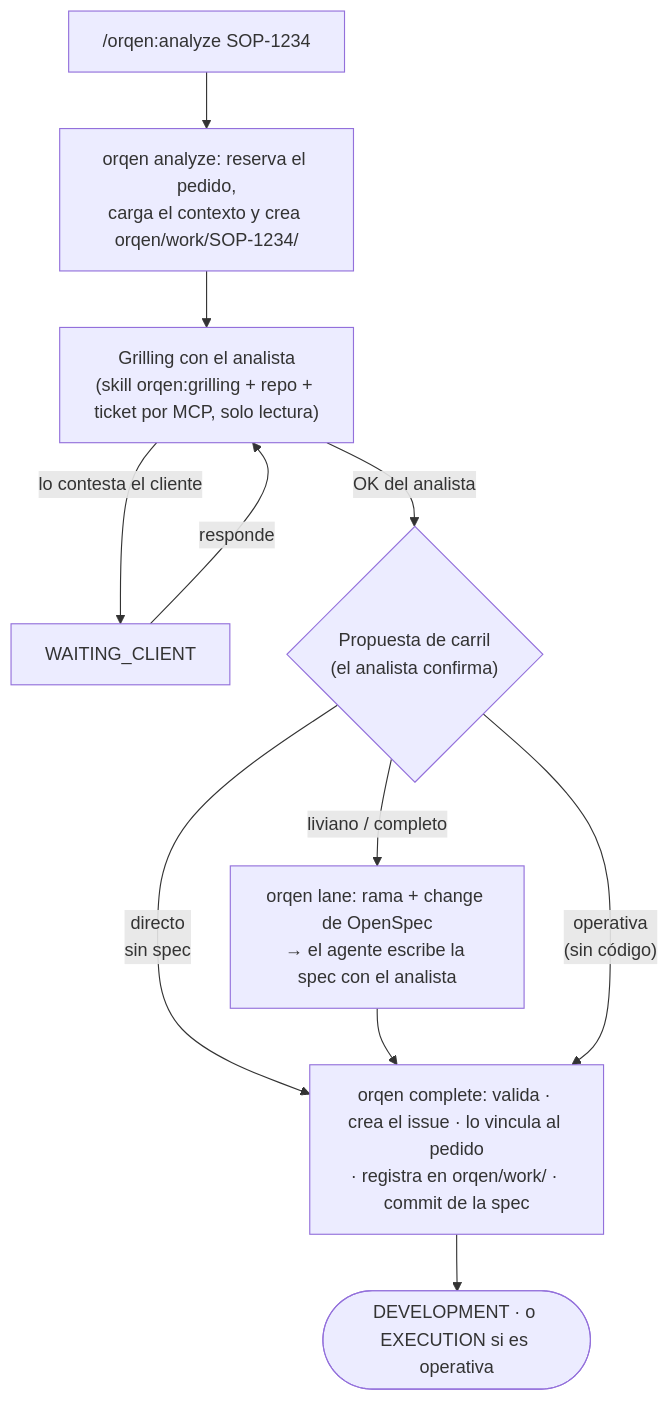
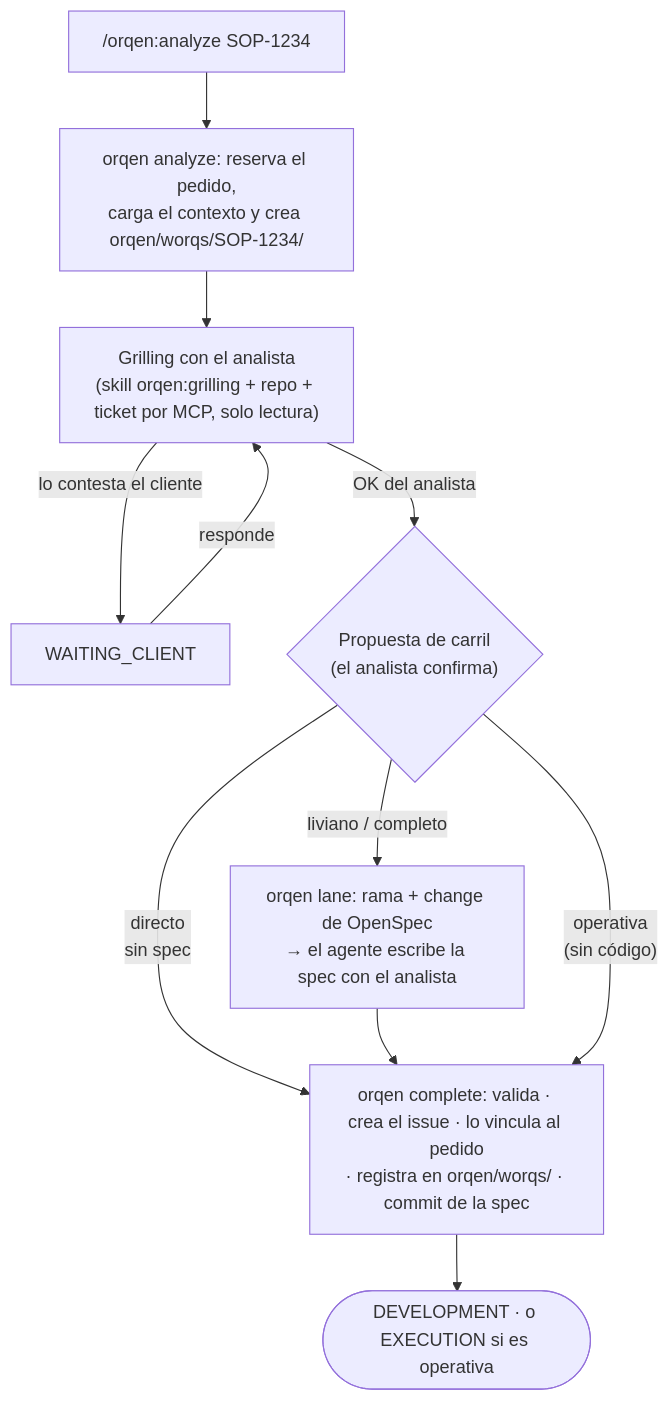
Before and after one commit to sistemas-telpin/orqen: the second of 7 diagrams in README.md, drawn with Mermaid. The commit also changed other lines of this file and 31 other files, not shown here.

First line of the commit message:
Concepto worq: la unidad de trabajo de orqen vive en orqen/worqs/ (SIS-6023)

````diff
--- a/README.md
+++ b/README.md
@@ -112,11 +114,11 @@
 ```mermaid
 flowchart TD
-    A["/orqen:analyze SOP-1234"] --> B["orqen analyze: reserva el pedido,<br/>carga el contexto y crea orqen/work/SOP-1234/"]
+    A["/orqen:analyze SOP-1234"] --> B["orqen analyze: reserva el pedido,<br/>carga el contexto y crea orqen/worqs/SOP-1234/"]
     B --> C["Grilling con el analista<br/>(skill orqen:grilling + repo + ticket por MCP, solo lectura)"]
     C -->|"lo contesta el cliente"| W["WAITING_CLIENT"] -->|"responde"| C
     C -->|"OK del analista"| D{"Propuesta de carril<br/>(el analista confirma)"}
     D -->|"directo<br/>sin spec"| G
     D -->|"liviano / completo"| E["orqen lane: rama + change de OpenSpec<br/>→ el agente escribe la spec con el analista"] --> G
     D -->|"operativa<br/>(sin código)"| G
-    G["orqen complete: valida · crea el issue · lo vincula al pedido<br/>· registra en orqen/work/ · commit de la spec"] --> H(["DEVELOPMENT · o EXECUTION si es operativa"])
+    G["orqen complete: valida · crea el issue · lo vincula al pedido<br/>· registra en orqen/worqs/ · commit de la spec"] --> H(["DEVELOPMENT · o EXECUTION si es operativa"])
 ```
````
